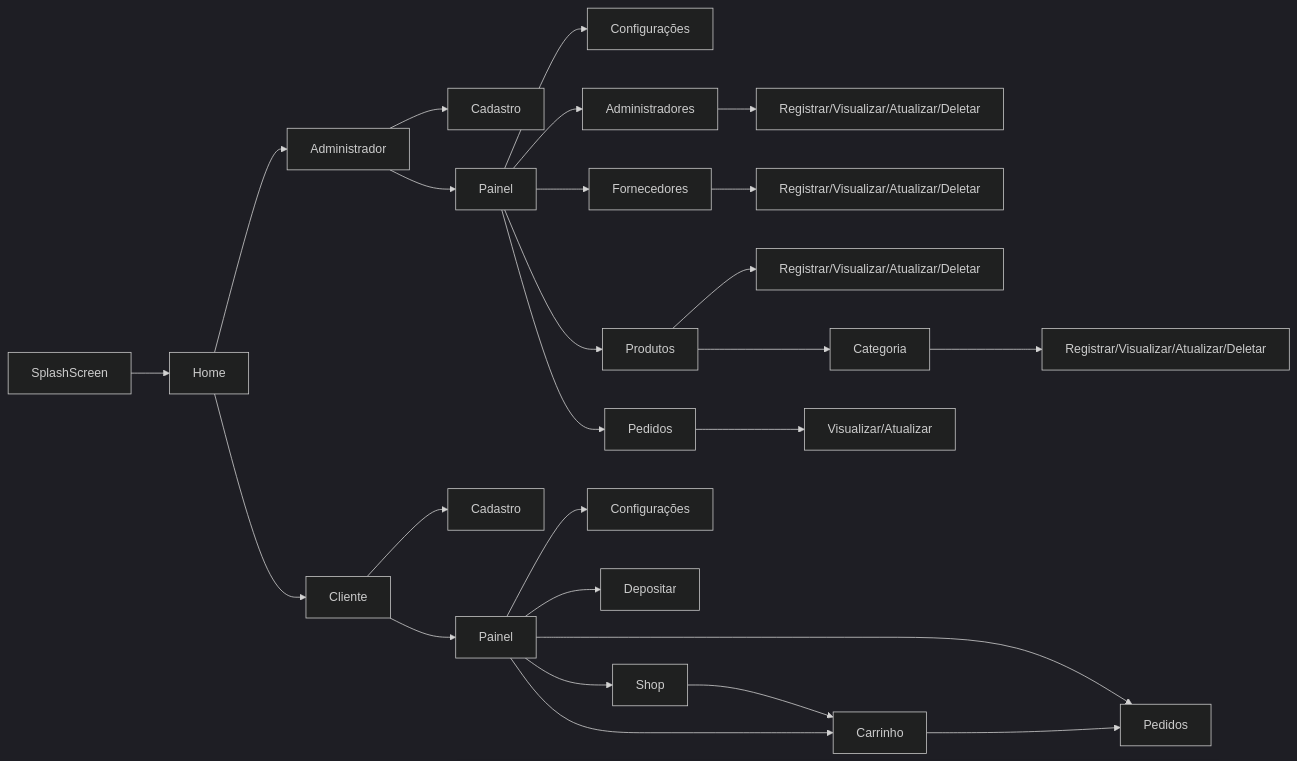
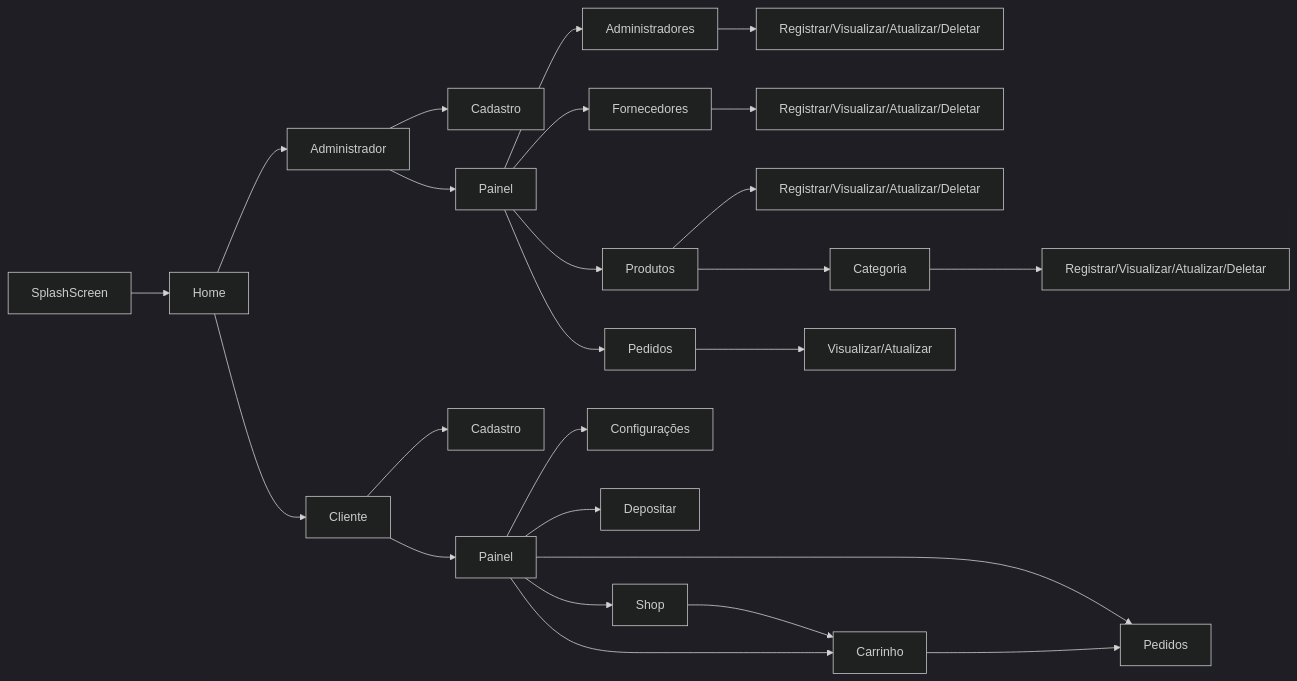
Before and after one commit to WhitePoodleMoth/TrendStyle: the diagram in Diagram/FLOWCHART.mermaid, drawn with Mermaid (dark theme).

```diff
--- a/Diagram/FLOWCHART.mermaid
+++ b/Diagram/FLOWCHART.mermaid
@@ -1,38 +1,37 @@
 graph LR
     splash[SplashScreen] --> home[Home]
 
     home --> admin[Administrador]
     home --> client[Cliente]
     
     admin --> admin_register[Cadastro]
 
     admin --> admin_panel[Painel]
 
-    admin_panel --> admin_config[Configurações]
     admin_panel --> admin_admin[Administradores]
     admin_panel --> admin_vendor[Fornecedores]
     admin_panel --> admin_products[Produtos]
     admin_panel --> admin_order[Pedidos]
     
     admin_admin --> admin_admin_manage[Registrar/Visualizar/Atualizar/Deletar]
     
     admin_vendor --> admin_vendor_manage[Registrar/Visualizar/Atualizar/Deletar]
 
     admin_products --> admin_products_manage[Registrar/Visualizar/Atualizar/Deletar]
     
     admin_products --> admin_category[Categoria]
     admin_category --> admin_category_manage[Registrar/Visualizar/Atualizar/Deletar]
 
     admin_order --> admin_order_manage[Visualizar/Atualizar]
     
     client --> client_register[Cadastro]
 
     client --> client_menu[Painel]
 
     client_menu --> client_config[Configurações]
     client_menu --> client_deposit[Depositar]
     client_menu --> client_shop[Shop]
     client_shop --> client_cart[Carrinho]
     client_menu --> client_cart
     client_menu --> client_order[Pedidos]
     client_cart --> client_order
```
